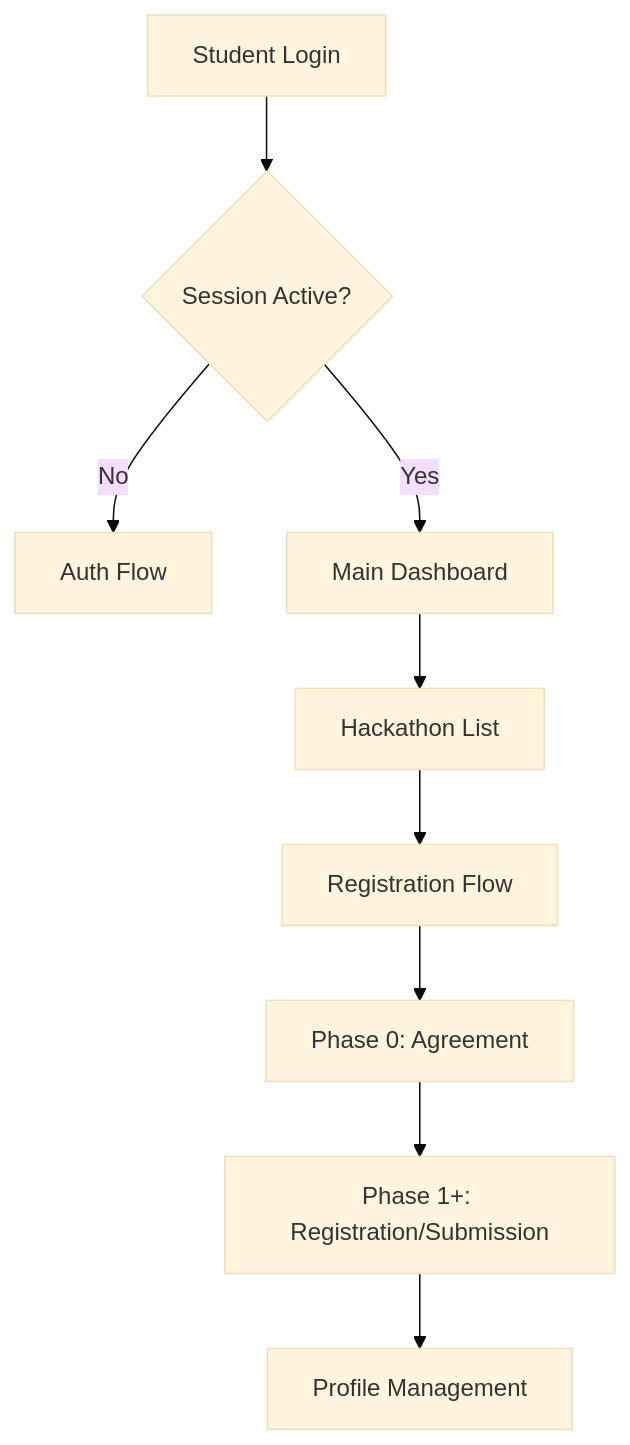
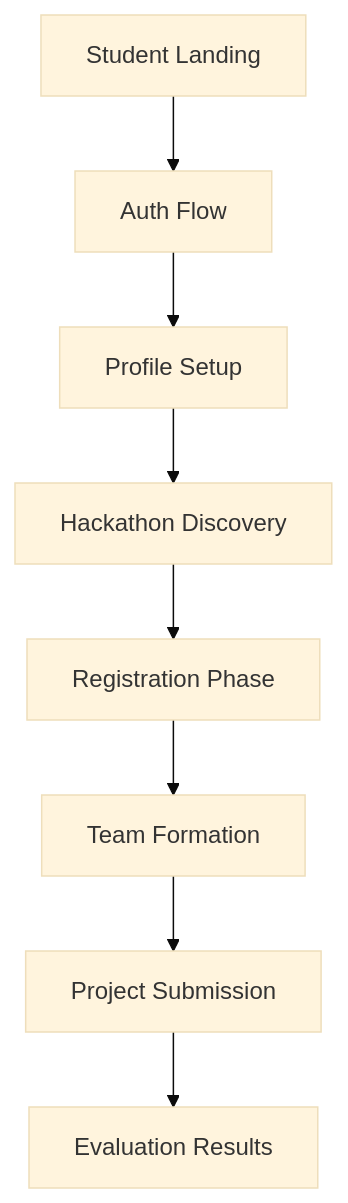
The diagram in README.md (IIE-Tech-Club/participant_dashboard), drawn with Mermaid (base theme) before and after one commit. The commit also changed other lines of this file, not shown here.

Commit message:
docs: update project README with current tech stack versions, refined architecture description, and simplified project structure mapping

````diff
--- a/README.md
+++ b/README.md
@@ -28,11 +38,10 @@
 ```mermaid
 graph TD
-    A[Student Login] --> B{Session Active?}
-    B -- No --> C[Auth Flow]
-    B -- Yes --> D[Main Dashboard]
-    D --> E[Hackathon List]
-    E --> F[Registration Flow]
-    F --> G[Phase 0: Agreement]
-    G --> H[Phase 1+: Registration/Submission]
-    H --> I[Profile Management]
+    A[Student Landing] --> B[Auth Flow]
+    B --> C[Profile Setup]
+    C --> D[Hackathon Discovery]
+    D --> E[Registration Phase]
+    E --> F[Team Formation]
+    F --> G[Project Submission]
+    G --> H[Evaluation Results]
 ```
````
